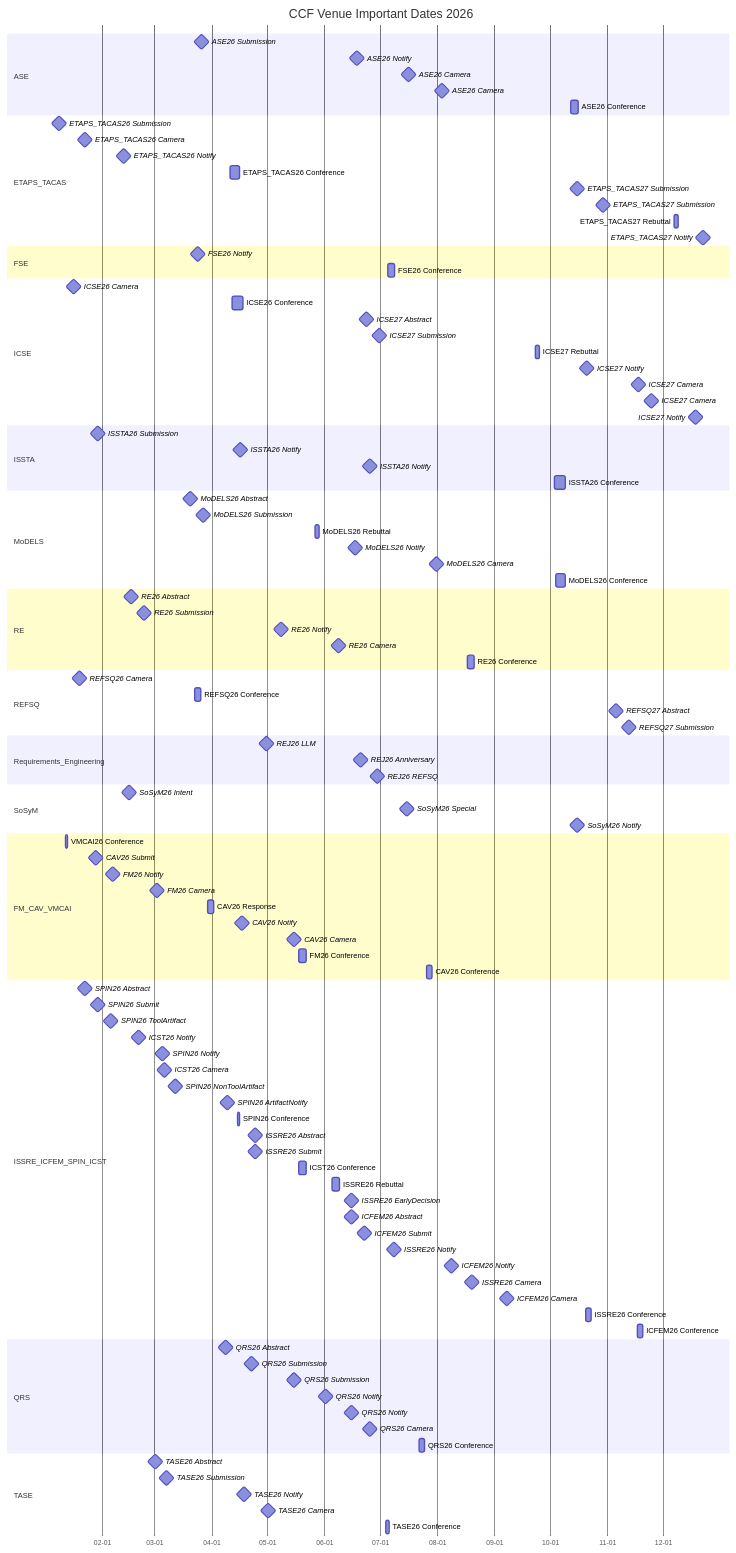
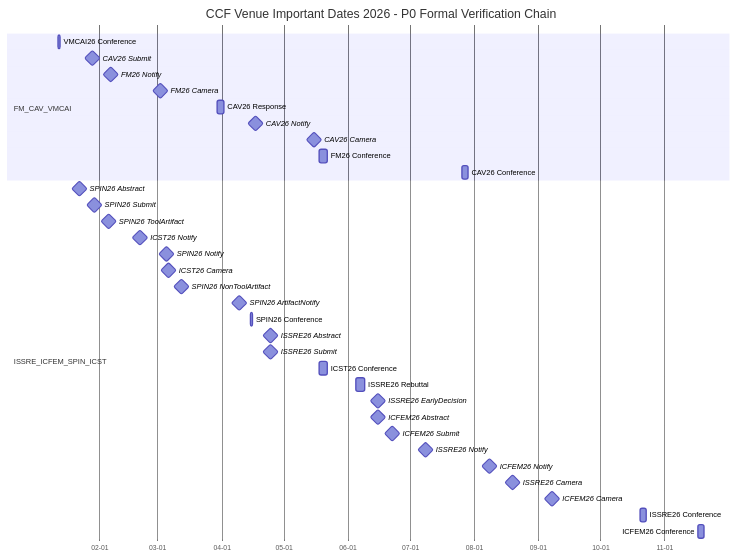
The fifth of 20 diagrams in ccf_venues/TIMELINE.md (HansBug/research_ideas), drawn with Mermaid before and after one commit. The commit also changed other lines of this file and 5 other files, not shown here.

````diff
--- a/ccf_venues/TIMELINE.md
+++ b/ccf_venues/TIMELINE.md
@@ -273,77 +364,8 @@
 ```mermaid
 gantt
-  title CCF Venue Important Dates 2026
+  title CCF Venue Important Dates 2026 - P0 Formal Verification Chain
   dateFormat YYYY-MM-DD
   axisFormat %m-%d
-
-  section ASE
-  ASE26 Submission :milestone, ase_2026_1_20260326, 2026-03-26, 1d
-  ASE26 Notify :milestone, ase_2026_2_20260618, 2026-06-18, 1d
-  ASE26 Camera :milestone, ase_2026_3_20260716, 2026-07-16, 1d
-  ASE26 Camera :milestone, ase_2026_4_20260803, 2026-08-03, 1d
-  ASE26 Conference :ase_2026_5_20261012, 2026-10-12, 2026-10-16
-
-  section ETAPS_TACAS
-  ETAPS_TACAS26 Submission :milestone, etaps_tacas_2026_1_20260108, 2026-01-08, 1d
-  ETAPS_TACAS26 Camera :milestone, etaps_tacas_2026_2_20260122, 2026-01-22, 1d
-  ETAPS_TACAS26 Notify :milestone, etaps_tacas_2026_3_20260212, 2026-02-12, 1d
-  ETAPS_TACAS26 Conference :etaps_tacas_2026_4_20260411, 2026-04-11, 2026-04-16
-  ETAPS_TACAS27 Submission :milestone, etaps_tacas_2026_5_20261015, 2026-10-15, 1d
-  ETAPS_TACAS27 Submission :milestone, etaps_tacas_2026_6_20261029, 2026-10-29, 1d
-  ETAPS_TACAS27 Rebuttal :etaps_tacas_2026_7_20261207, 2026-12-07, 2026-12-09
-  ETAPS_TACAS27 Notify :milestone, etaps_tacas_2026_8_20261222, 2026-12-22, 1d
-
-  section FSE
-  FSE26 Notify :milestone, fse_2026_1_20260324, 2026-03-24, 1d
-  FSE26 Conference :fse_2026_2_20260705, 2026-07-05, 2026-07-09
-
-  section ICSE
-  ICSE26 Camera :milestone, icse_2026_1_20260116, 2026-01-16, 1d
-  ICSE26 Conference :icse_2026_2_20260412, 2026-04-12, 2026-04-18
-  ICSE27 Abstract :milestone, icse_2026_3_20260623, 2026-06-23, 1d
-  ICSE27 Submission :milestone, icse_2026_4_20260630, 2026-06-30, 1d
-  ICSE27 Rebuttal :icse_2026_5_20260923, 2026-09-23, 2026-09-25
-  ICSE27 Notify :milestone, icse_2026_6_20261020, 2026-10-20, 1d
-  ICSE27 Camera :milestone, icse_2026_7_20261117, 2026-11-17, 1d
-  ICSE27 Camera :milestone, icse_2026_8_20261124, 2026-11-24, 1d
-  ICSE27 Notify :milestone, icse_2026_9_20261218, 2026-12-18, 1d
-
-  section ISSTA
-  ISSTA26 Submission :milestone, issta_2026_1_20260129, 2026-01-29, 1d
-  ISSTA26 Notify :milestone, issta_2026_2_20260416, 2026-04-16, 1d
-  ISSTA26 Notify :milestone, issta_2026_3_20260625, 2026-06-25, 1d
-  ISSTA26 Conference :issta_2026_4_20261003, 2026-10-03, 2026-10-09
-
-  section MoDELS
-  MoDELS26 Abstract :milestone, models_2026_1_20260320, 2026-03-20, 1d
-  MoDELS26 Submission :milestone, models_2026_2_20260327, 2026-03-27, 1d
-  MoDELS26 Rebuttal :models_2026_3_20260527, 2026-05-27, 2026-05-29
-  MoDELS26 Notify :milestone, models_2026_4_20260617, 2026-06-17, 1d
-  MoDELS26 Camera :milestone, models_2026_5_20260731, 2026-07-31, 1d
-  MoDELS26 Conference :models_2026_6_20261004, 2026-10-04, 2026-10-09
-
-  section RE
-  RE26 Abstract :milestone, re_2026_1_20260216, 2026-02-16, 1d
-  RE26 Submission :milestone, re_2026_2_20260223, 2026-02-23, 1d
-  RE26 Notify :milestone, re_2026_3_20260508, 2026-05-08, 1d
-  RE26 Camera :milestone, re_2026_4_20260608, 2026-06-08, 1d
-  RE26 Conference :re_2026_5_20260817, 2026-08-17, 2026-08-21
-
-  section REFSQ
-  REFSQ26 Camera :milestone, refsq_2026_1_20260119, 2026-01-19, 1d
-  REFSQ26 Conference :refsq_2026_2_20260323, 2026-03-23, 2026-03-26
-  REFSQ27 Abstract :milestone, refsq_2026_3_20261105, 2026-11-05, 1d
-  REFSQ27 Submission :milestone, refsq_2026_4_20261112, 2026-11-12, 1d
-
-  section Requirements_Engineering
-  REJ26 LLM :milestone, rej_2026_1_20260430, 2026-04-30, 1d
-  REJ26 Anniversary :milestone, rej_2026_2_20260620, 2026-06-20, 1d
-  REJ26 REFSQ :milestone, rej_2026_3_20260629, 2026-06-29, 1d
-
-  section SoSyM
-  SoSyM26 Intent :milestone, sosym_2026_1_20260215, 2026-02-15, 1d
-  SoSyM26 Special :milestone, sosym_2026_2_20260715, 2026-07-15, 1d
-  SoSyM26 Notify :milestone, sosym_2026_3_20261015, 2026-10-15, 1d
 
   section FM_CAV_VMCAI
   VMCAI26 Conference :vmcai2026_conf, 2026-01-12, 2026-01-13
@@ -379,21 +401,4 @@
   ICFEM26 Camera :milestone, icfem2026_camera, 2026-09-07, 1d
   ISSRE26 Conference :issre2026_conf, 2026-10-20, 2026-10-23
   ICFEM26 Conference :icfem2026_conf, 2026-11-17, 2026-11-20
-
-
-  section QRS
-  QRS26 Abstract :milestone, qrs_2026_1_20260408, 2026-04-08, 1d
-  QRS26 Submission :milestone, qrs_2026_2_20260422, 2026-04-22, 1d
-  QRS26 Submission :milestone, qrs_2026_3_20260515, 2026-05-15, 1d
-  QRS26 Notify :milestone, qrs_2026_4_20260601, 2026-06-01, 1d
-  QRS26 Notify :milestone, qrs_2026_5_20260615, 2026-06-15, 1d
-  QRS26 Camera :milestone, qrs_2026_6_20260625, 2026-06-25, 1d
-  QRS26 Conference :qrs_2026_7_20260722, 2026-07-22, 2026-07-25
-
-  section TASE
-  TASE26 Abstract :milestone, tase_2026_1_20260301, 2026-03-01, 1d
-  TASE26 Submission :milestone, tase_2026_2_20260307, 2026-03-07, 1d
-  TASE26 Notify :milestone, tase_2026_3_20260418, 2026-04-18, 1d
-  TASE26 Camera :milestone, tase_2026_4_20260501, 2026-05-01, 1d
-  TASE26 Conference :tase_2026_5_20260704, 2026-07-04, 2026-07-06
 ```
````
